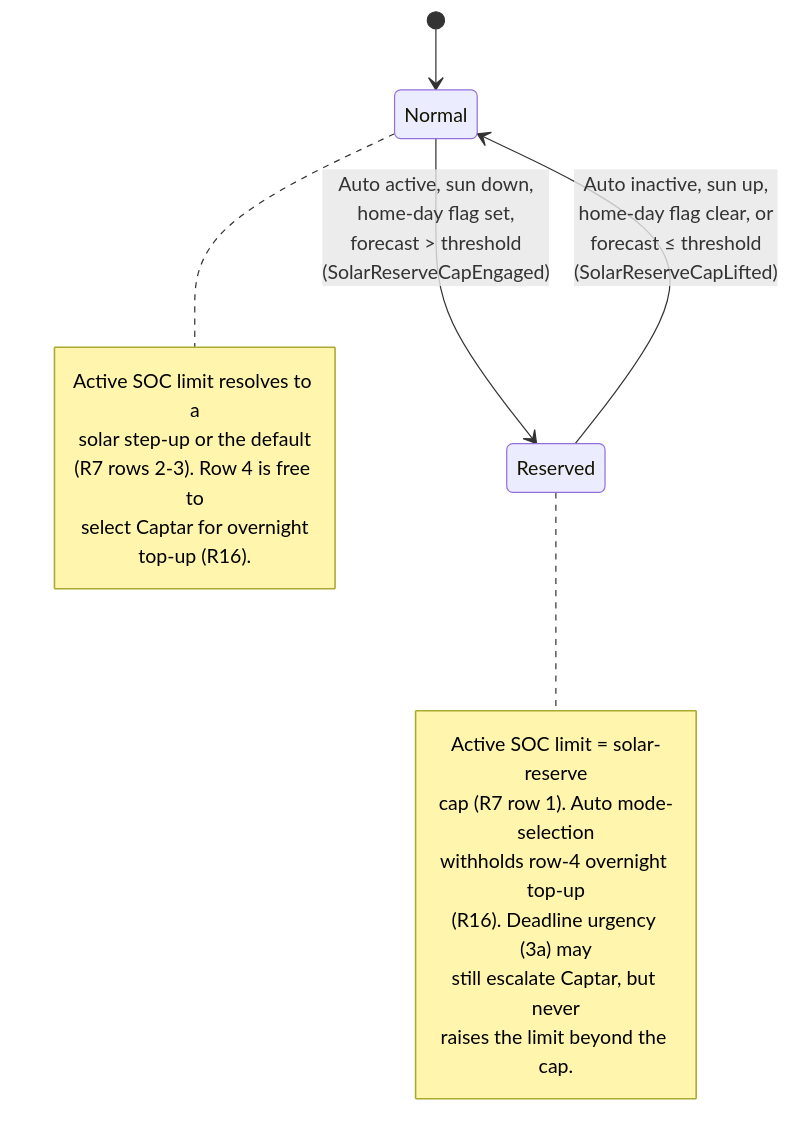
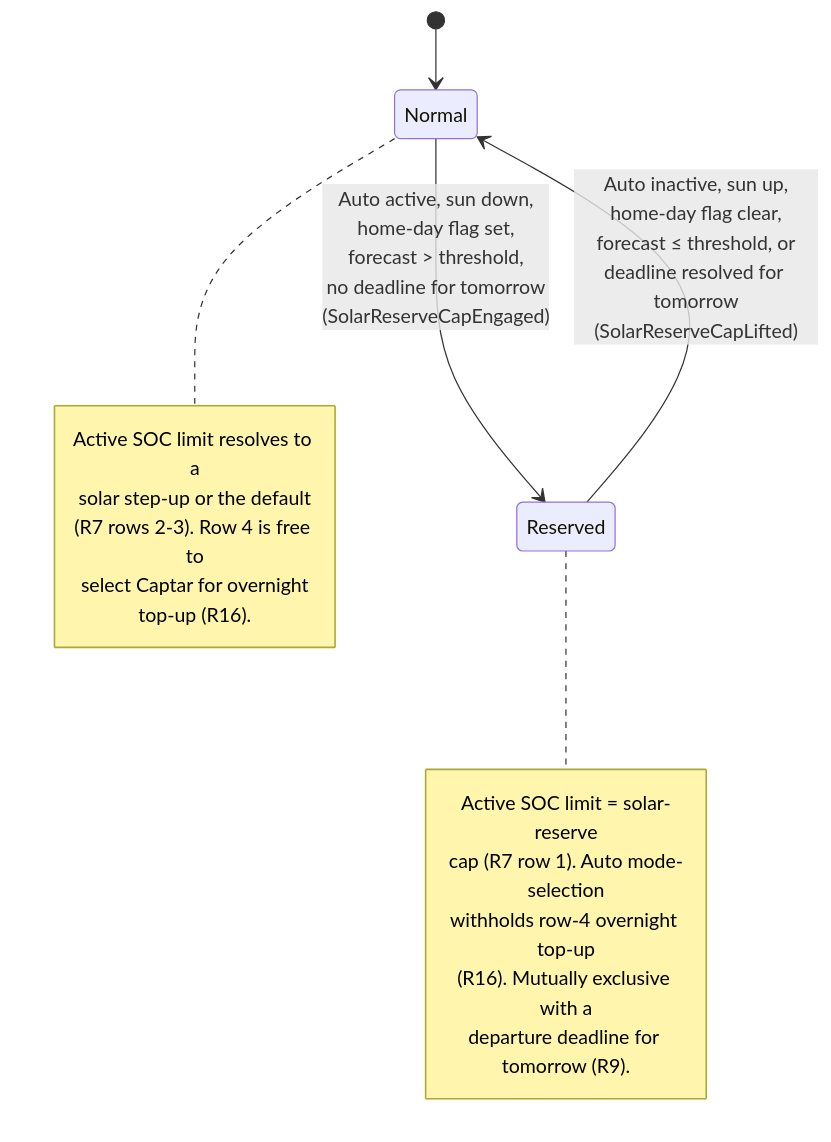
One commit to kristofdegrave/homeassistant-smart-charging changed the diagram in docs/analysis/use-cases/UC07-reserve-capacity-for-tomorrow.md. Above: the diagram before and after it, drawn with Mermaid. The commit also changed other lines of this file and 3 other files, not shown here.

First line of the commit message:
docs: make departure deadline and solar-reserve cap mutually exclusive

````diff
--- a/docs/analysis/use-cases/UC07-reserve-capacity-for-tomorrow.md
+++ b/docs/analysis/use-cases/UC07-reserve-capacity-for-tomorrow.md
@@ -125,21 +129,20 @@
 ```mermaid
 stateDiagram-v2
     [*] --> Normal
-    Normal --> Reserved: Auto active, sun down,<br/>home-day flag set,<br/>forecast > threshold<br/>(SolarReserveCapEngaged)
-    Reserved --> Normal: Auto inactive, sun up,<br/>home-day flag clear, or<br/>forecast ≤ threshold<br/>(SolarReserveCapLifted)
+    Normal --> Reserved: Auto active, sun down,<br/>home-day flag set,<br/>forecast > threshold,<br/>no deadline for tomorrow<br/>(SolarReserveCapEngaged)
+    Reserved --> Normal: Auto inactive, sun up,<br/>home-day flag clear,<br/>forecast ≤ threshold, or<br/>deadline resolved for tomorrow<br/>(SolarReserveCapLifted)
     note right of Reserved
         Active SOC limit = solar-reserve
         cap (R7 row 1). Auto mode-selection
         withholds row-4 overnight top-up
-        (R16). Deadline urgency (3a) may
-        still escalate Captar, but never
-        raises the limit beyond the cap.
+        (R16). Mutually exclusive with a
+        departure deadline for tomorrow (R9).
     end note
     note right of Normal
         Active SOC limit resolves to a
         solar step-up or the default
         (R7 rows 2-3). Row 4 is free to
         select Captar for overnight
         top-up (R16).
     end note
 ```
````
